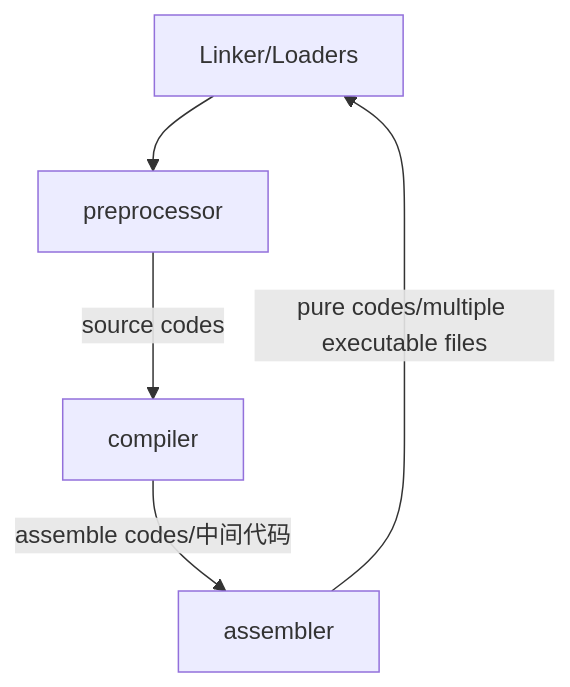
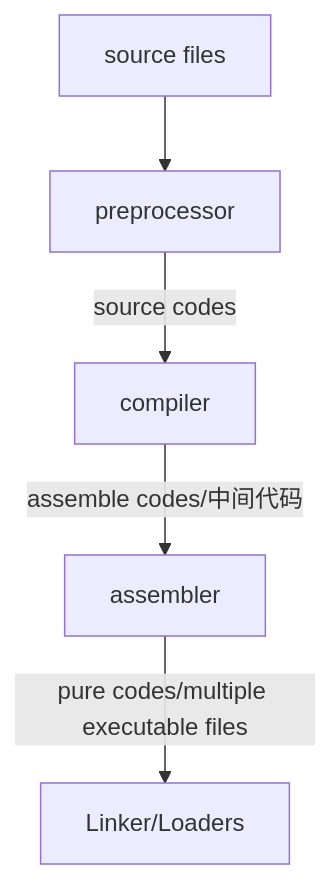
Before and after one commit to DCMMC/Notes: the diagram in 编译原理学习笔记.md, drawn with Mermaid.

Commit message:
修改文件: 编译原理学习笔记.md

````diff
--- a/编译原理学习笔记.md
+++ b/编译原理学习笔记.md
@@ -41,7 +41,7 @@
 ```mermaid!
 graph TD;
 	id[source files] --> preprocessor;
 	preprocessor-- source codes -->compiler;
 	compiler-- assemble codes/中间代码 -->assembler;
-	assembler-- pure codes/multiple executable files -->id[Linker/Loaders];
+	assembler-- pure codes/multiple executable files -->id1[Linker/Loaders];
 ```
````
